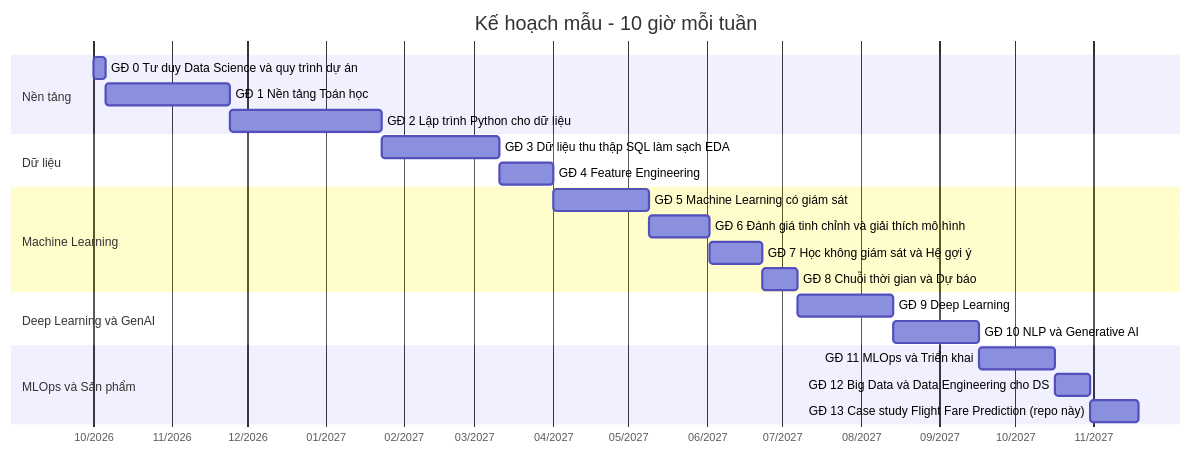
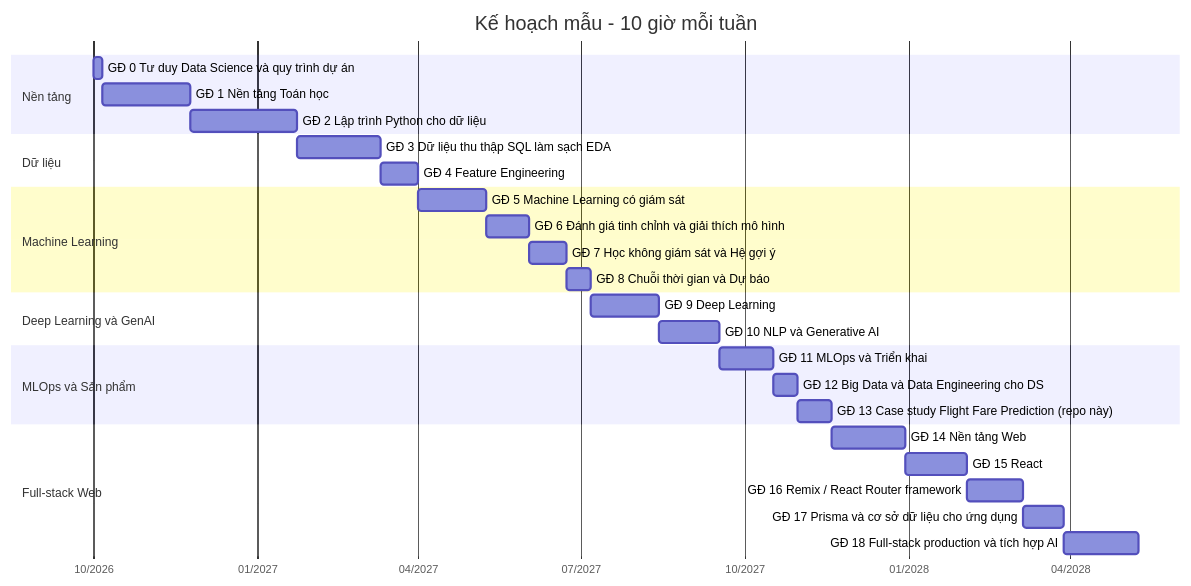
Before and after one commit to HTL2910/Full-Stack-Data-Science---Machine-Learning-BootCamp-Course: the fourth of 4 diagrams in roadmap/HUONG-DAN-HOC.md, drawn with Mermaid. The commit also changed other lines of this file and 8 other files, not shown here.

First line of the commit message:
Thêm mảng Full-stack Web: React, Remix / React Router, Prisma

````diff
--- a/roadmap/HUONG-DAN-HOC.md
+++ b/roadmap/HUONG-DAN-HOC.md
@@ -186,25 +211,31 @@
 ```mermaid
 gantt
   title Kế hoạch mẫu - 10 giờ mỗi tuần
   dateFormat YYYY-MM-DD
   axisFormat %m/%Y
   section Nền tảng
   GĐ 0 Tư duy Data Science và quy trình dự án :g0, 2026-10-01, 5d
   GĐ 1 Nền tảng Toán học :g1, 2026-10-06, 49d
   GĐ 2 Lập trình Python cho dữ liệu :g2, 2026-11-24, 60d
   section Dữ liệu
   GĐ 3 Dữ liệu thu thập SQL làm sạch EDA :g3, 2027-01-23, 47d
   GĐ 4 Feature Engineering :g4, 2027-03-11, 21d
   section Machine Learning
   GĐ 5 Machine Learning có giám sát :g5, 2027-04-01, 38d
   GĐ 6 Đánh giá tinh chỉnh và giải thích mô hình :g6, 2027-05-09, 24d
   GĐ 7 Học không giám sát và Hệ gợi ý :g7, 2027-06-02, 21d
   GĐ 8 Chuỗi thời gian và Dự báo :g8, 2027-06-23, 14d
   section Deep Learning và GenAI
   GĐ 9 Deep Learning :g9, 2027-07-07, 38d
   GĐ 10 NLP và Generative AI :g10, 2027-08-14, 34d
   section MLOps và Sản phẩm
   GĐ 11 MLOps và Triển khai :g11, 2027-09-17, 30d
   GĐ 12 Big Data và Data Engineering cho DS :g12, 2027-10-17, 14d
   GĐ 13 Case study Flight Fare Prediction (repo này) :g13, 2027-10-31, 19d
+  section Full-stack Web
+  GĐ 14 Nền tảng Web :g14, 2027-11-19, 41d
+  GĐ 15 React :g15, 2027-12-30, 35d
+  GĐ 16 Remix / React Router framework :g16, 2028-02-03, 31d
+  GĐ 17 Prisma và cơ sở dữ liệu cho ứng dụng :g17, 2028-03-05, 23d
+  GĐ 18 Full-stack production và tích hợp AI :g18, 2028-03-28, 42d
 ```
````
